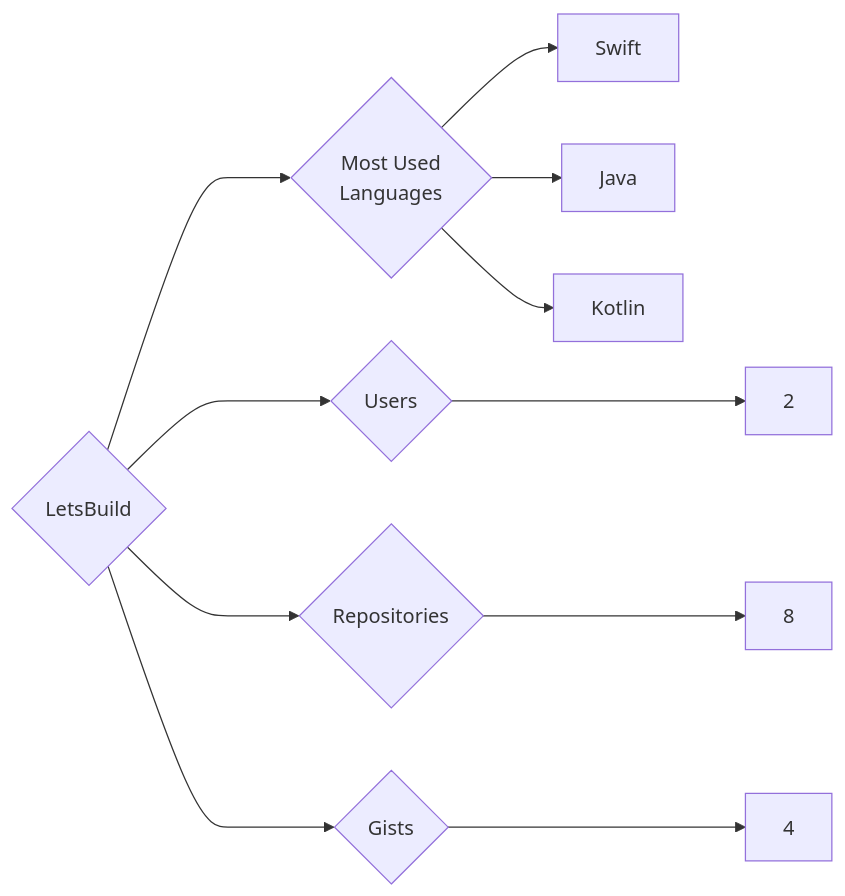
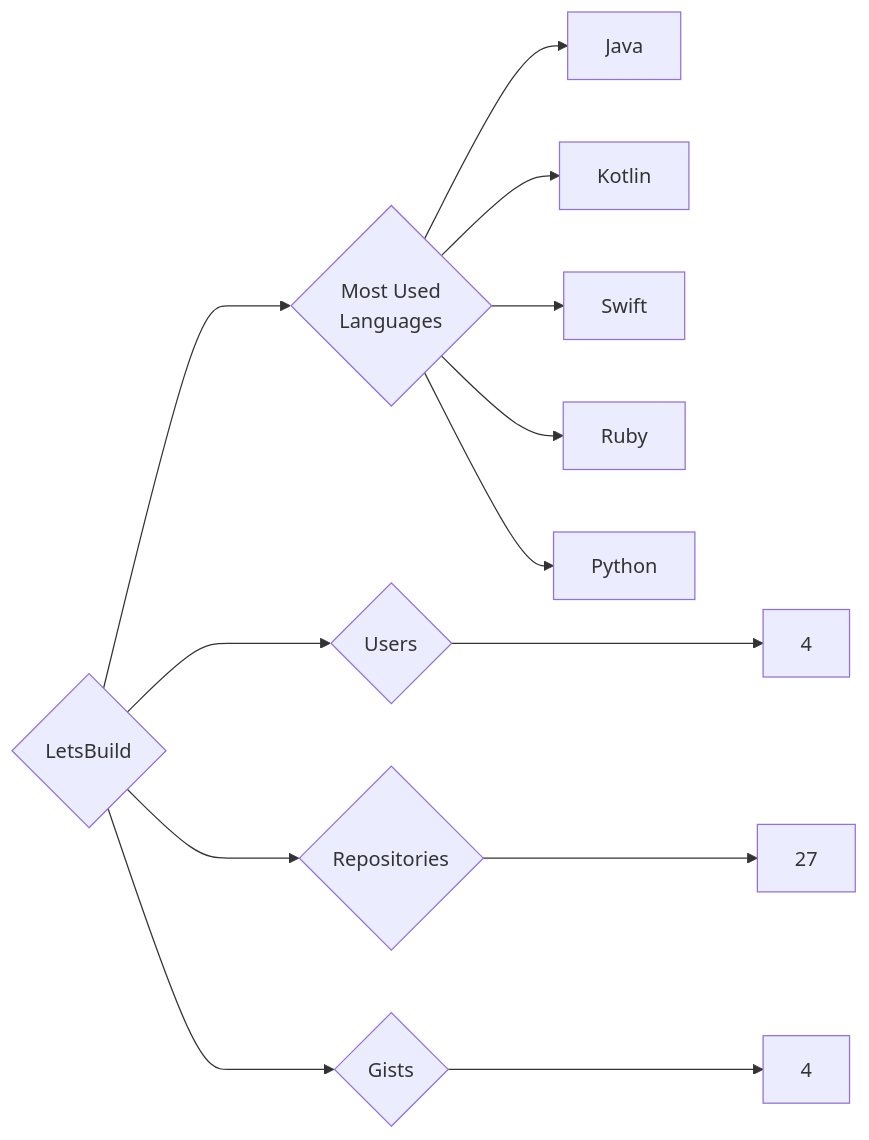
One commit to trickest/insiders changed the diagram in targets/LetsBuild/README.md. Above: the diagram before and after it, drawn with Mermaid. The commit also changed 891 other files, not shown here.

````diff
--- a/targets/LetsBuild/README.md
+++ b/targets/LetsBuild/README.md
@@ -3,11 +3,13 @@
 ```mermaid
 graph LR
 COMPANY_NAME{LetsBuild}
-COMPANY_NAME ---> U{Users} ---> UN[2]
-COMPANY_NAME ---> R{Repositories} ---> RN[8]
+COMPANY_NAME ---> U{Users} ---> UN[4]
+COMPANY_NAME ---> R{Repositories} ---> RN[27]
 COMPANY_NAME ---> G{Gists} ---> GN[4]
 COMPANY_NAME ---> ML{Most Used<br>Languages}
-ML --> Swift[Swift]
 ML --> Java[Java]
 ML --> Kotlin[Kotlin]
+ML --> Swift[Swift]
+ML --> Ruby[Ruby]
+ML --> Python[Python]
 ```
````
